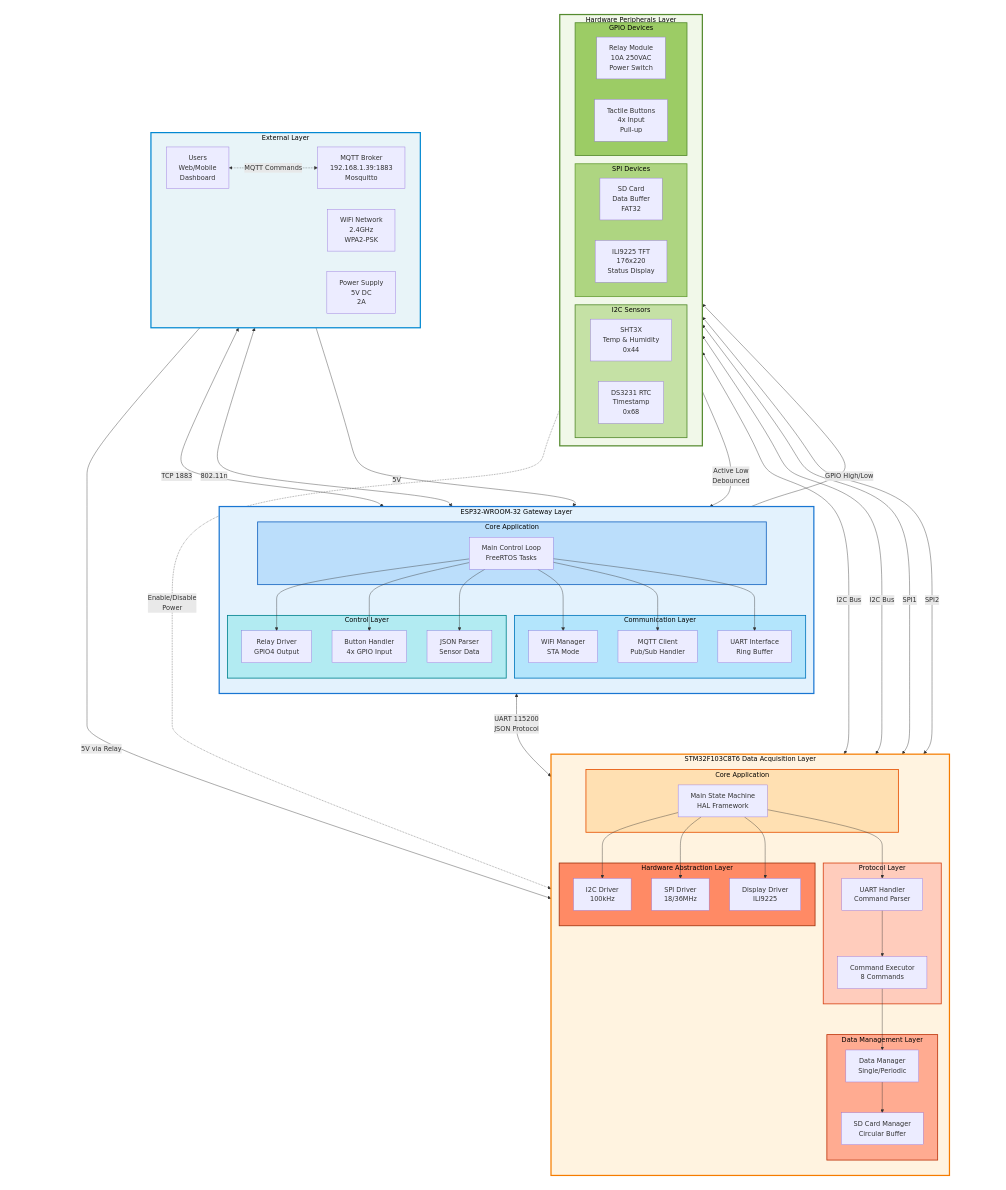
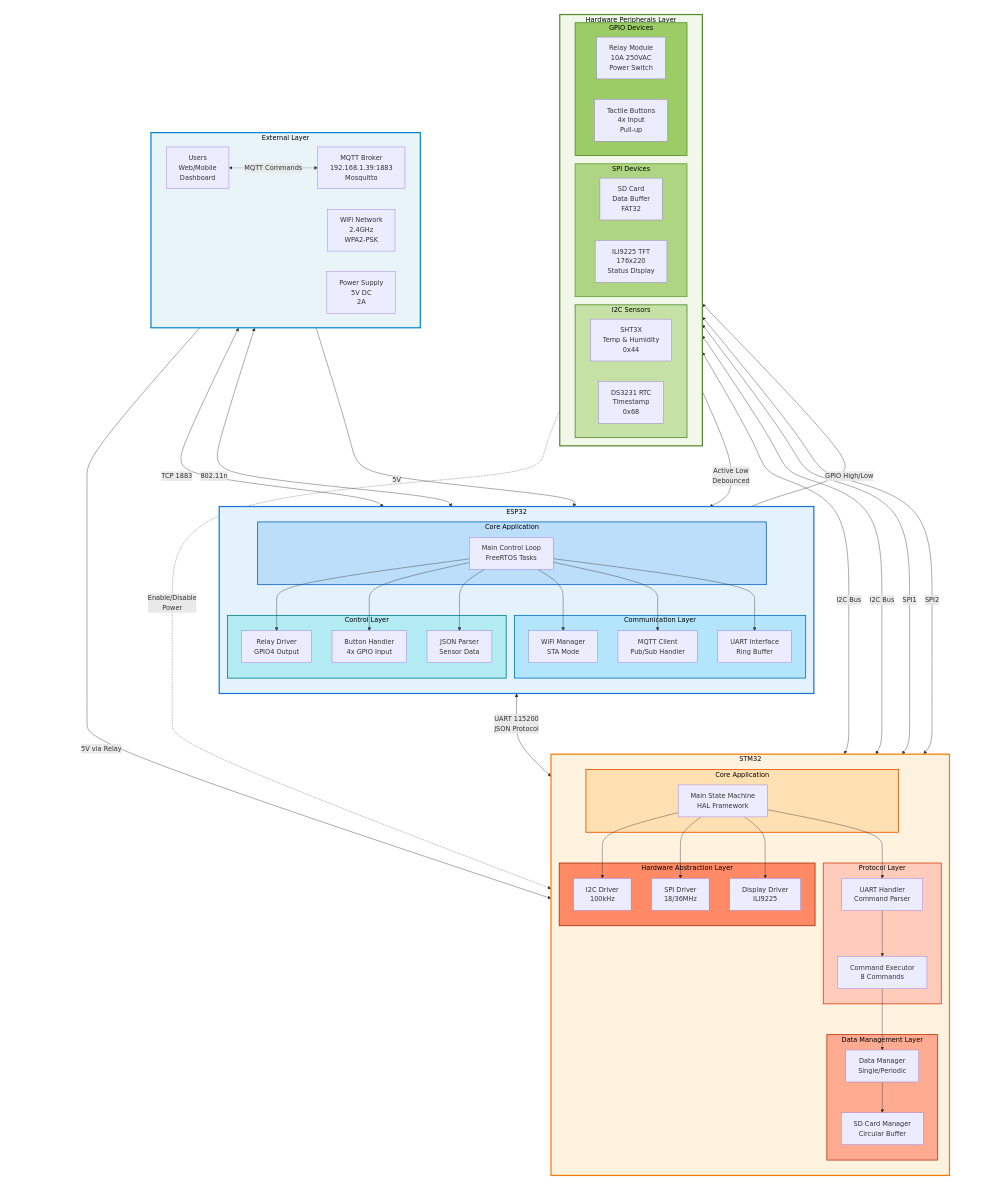
One commit to meeTeam05/datalogger changed the first of 11 diagrams in documents/firmware/ARCHITECTURE_DIAGRAM_FIRMWARE.md. Above: the diagram before and after it, drawn with Mermaid. The commit also changed other lines of this file, not shown here.

Commit message:
fix(docs): simplify subgraph names in architecture diagrams for ESP32 and STM32; add detailed deployment diagram

```diff
--- a/documents/firmware/ARCHITECTURE_DIAGRAM_FIRMWARE.md
+++ b/documents/firmware/ARCHITECTURE_DIAGRAM_FIRMWARE.md
@@ -17,7 +17,7 @@
     end
 
     subgraph Layer2[" "]
-        subgraph ESP32_System["ESP32-WROOM-32 Gateway Layer"]
+        subgraph ESP32_System["ESP32"]
             direction TB
 
             subgraph ESP32_Core["Core Application"]
@@ -46,7 +46,7 @@
     end
 
     subgraph Layer3[" "]
-        subgraph STM32_System["STM32F103C8T6 Data Acquisition Layer"]
+        subgraph STM32_System["STM32"]
             direction TB
 
             subgraph STM32_Core["Core Application"]
```
